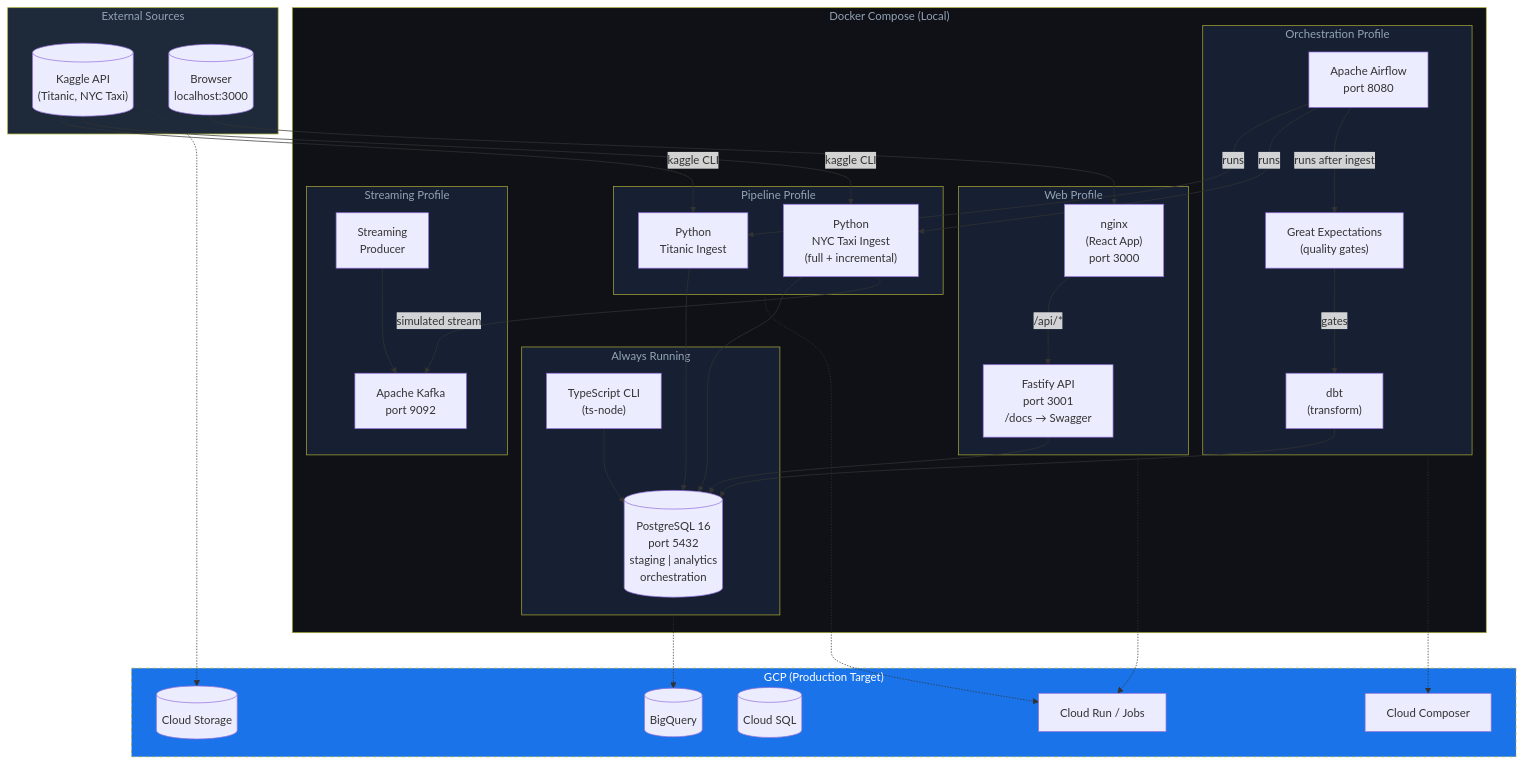
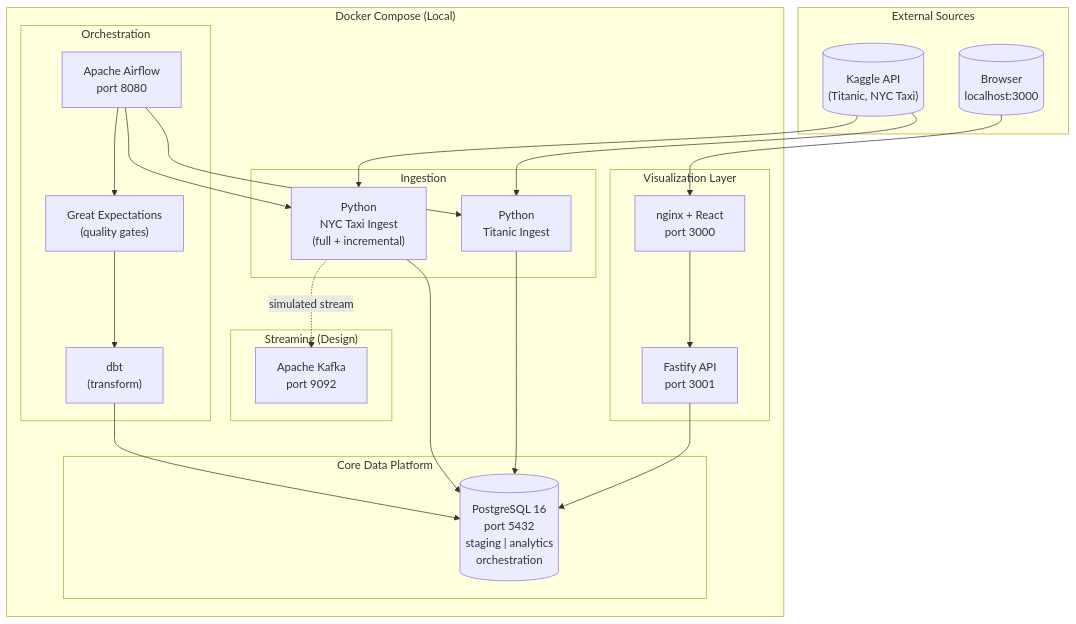
Before and after one commit to Timotheus704/data_engineering_poc: the diagram in README.md, drawn with Mermaid. The commit also changed other lines of this file, not shown here.

````diff
--- a/README.md
+++ b/README.md
@@ -45,75 +120,40 @@
 ```mermaid
 flowchart TB
     subgraph External["External Sources"]
         KAGGLE[("Kaggle API\n(Titanic, NYC Taxi)")]
         BROWSER[("Browser\nlocalhost:3000")]
     end
 
     subgraph Docker["Docker Compose (Local)"]
-        subgraph Web["Web Profile"]
-            NGINX["nginx\n(React App)\nport 3000"]
-            API["Fastify API\nport 3001\n/docs → Swagger"]
+        subgraph Data["Core Data Platform"]
+            PG[("PostgreSQL 16\nport 5432\nstaging | analytics\norchestration")]
         end
 
-        subgraph Data["Always Running"]
-            PG[("PostgreSQL 16\nport 5432\nstaging | analytics\norchestration")]
-            CLI["TypeScript CLI\n(ts-node)"]
-        end
-
-        subgraph Pipeline["Pipeline Profile"]
+        subgraph Pipeline["Ingestion"]
             PY_T["Python\nTitanic Ingest"]
             PY_N["Python\nNYC Taxi Ingest\n(full + incremental)"]
         end
 
-        subgraph Orchestration["Orchestration Profile"]
+        subgraph Orchestration["Orchestration"]
             AIR["Apache Airflow\nport 8080"]
             DBT["dbt\n(transform)"]
             GX["Great Expectations\n(quality gates)"]
         end
 
-        subgraph Streaming["Streaming Profile"]
+        subgraph Streaming["Streaming (Design)"]
             KAFKA["Apache Kafka\nport 9092"]
-            PROD["Streaming\nProducer"]
+        end
+
+        subgraph Web["Visualization Layer"]
+            NGINX["nginx + React\nport 3000"]
+            API["Fastify API\nport 3001"]
         end
     end
 
-    subgraph GCP["GCP (Production Target)"]
-        GCS[("Cloud Storage")]
-        BQ[("BigQuery")]
-        CSQL[("Cloud SQL")]
-        COMP["Cloud Composer"]
-        CRUN["Cloud Run / Jobs"]
-    end
-
-    BROWSER --> NGINX
-    NGINX -->|"/api/*"| API
-    API --> PG
-    CLI --> PG
-    KAGGLE -->|"kaggle CLI"| PY_T
-    KAGGLE -->|"kaggle CLI"| PY_N
-    PY_T --> PG
-    PY_N --> PG
-    AIR -->|"runs"| PY_T
-    AIR -->|"runs"| PY_N
-    AIR -->|"runs after ingest"| GX
-    GX -->|"gates"| DBT
-    DBT --> PG
-    PY_N -->|"simulated stream"| KAFKA
-    PROD --> KAFKA
-
-    %% Production Mapping
-    Pipeline -.-> CRUN
-    Orchestration -.-> COMP
-    Data -.-> BQ
-    Web -.-> CRUN
-    KAGGLE -.-> GCS
-
-    style External fill:#1e2a3a,color:#94a3b8
-    style Docker fill:#0f1117,color:#94a3b8
-    style Web fill:#162032,color:#94a3b8
-    style Data fill:#162032,color:#94a3b8
-    style Pipeline fill:#162032,color:#94a3b8
-    style Orchestration fill:#162032,color:#94a3b8
-    style Streaming fill:#162032,color:#94a3b8
-    style GCP fill:#1a73e8,color:#fff,stroke-dasharray: 5 5
+    KAGGLE --> PY_T & PY_N
+    PY_T & PY_N --> PG
+    AIR --> PY_T & PY_N
+    AIR --> GX --> DBT --> PG
+    PY_N -.->|"simulated stream"| KAFKA
+    BROWSER --> NGINX --> API --> PG
 ```
````
